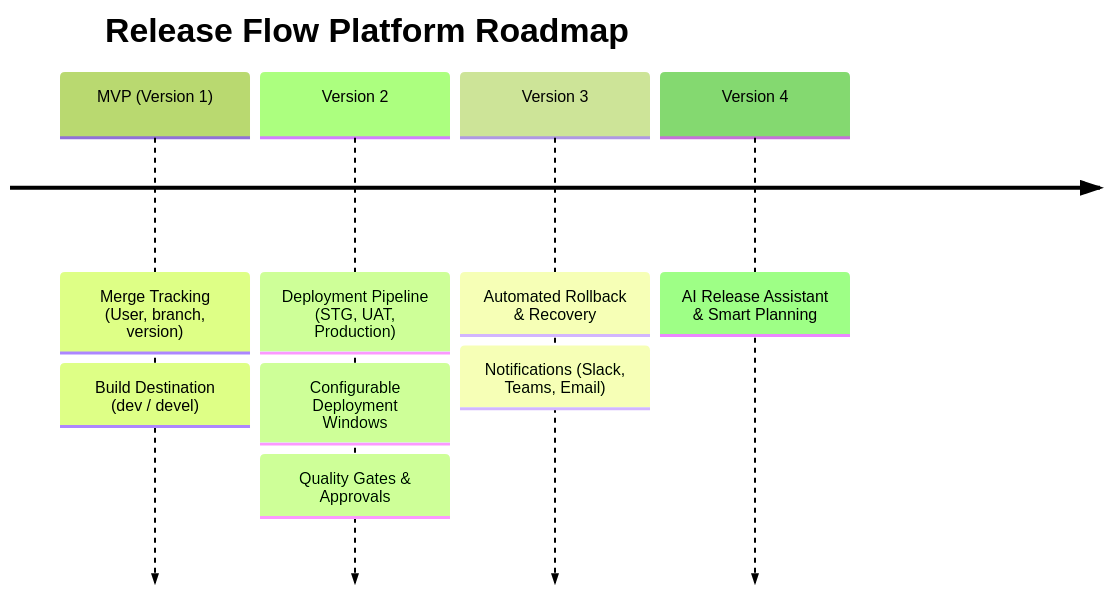
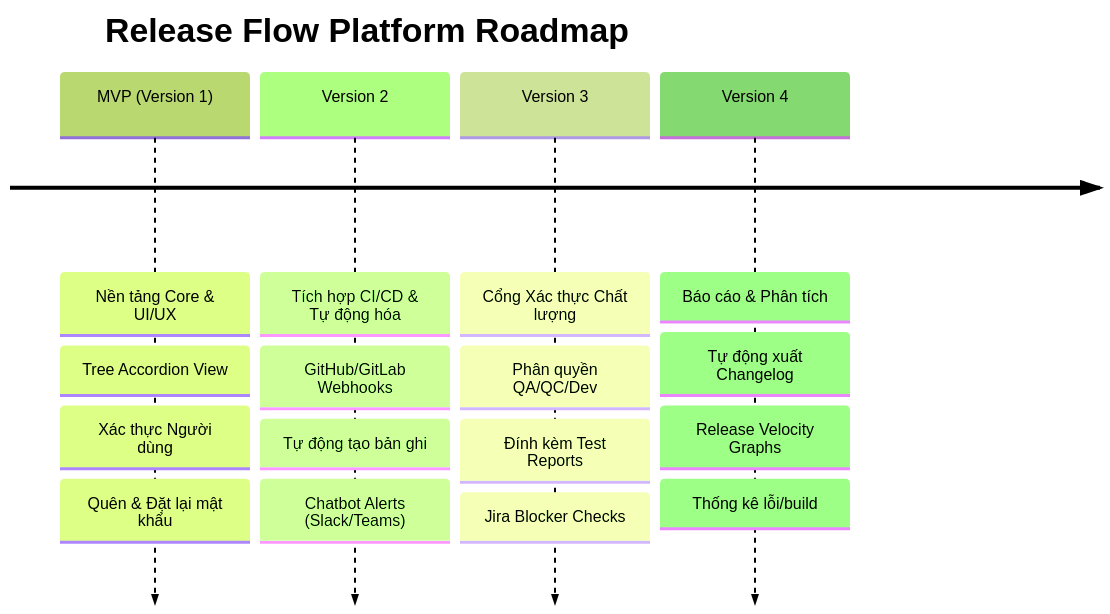
Before and after one commit to quocanhDev99/release_flow_platform: the diagram in docs/08-roadmap.md, drawn with Mermaid (forest theme). The commit also changed other lines of this file and 2 other files, not shown here.

Commit message:
docs: add project overview and roadmap documentation and update README

````diff
--- a/docs/08-roadmap.md
+++ b/docs/08-roadmap.md
@@ -3,16 +9,8 @@
 ```mermaid
 timeline
     title Release Flow Platform Roadmap
-    MVP (Version 1)
-        : Merge Tracking (User, branch, version)
-        : Build Destination (dev / devel)
-    Version 2
-        : Deployment Pipeline (STG, UAT, Production)
-        : Configurable Deployment Windows
-        : Quality Gates & Approvals
-    Version 3
-        : Automated Rollback & Recovery
-        : Notifications (Slack, Teams, Email)
-    Version 4
-        : AI Release Assistant & Smart Planning
+    MVP (Version 1) : Nền tảng Core & UI/UX : Tree Accordion View : Xác thực Người dùng : Quên & Đặt lại mật khẩu
+    Version 2 : Tích hợp CI/CD & Tự động hóa : GitHub/GitLab Webhooks : Tự động tạo bản ghi : Chatbot Alerts (Slack/Teams)
+    Version 3 : Cổng Xác thực Chất lượng : Phân quyền QA/QC/Dev : Đính kèm Test Reports : Jira Blocker Checks
+    Version 4 : Báo cáo & Phân tích : Tự động xuất Changelog : Release Velocity Graphs : Thống kê lỗi/build
 ```
````
